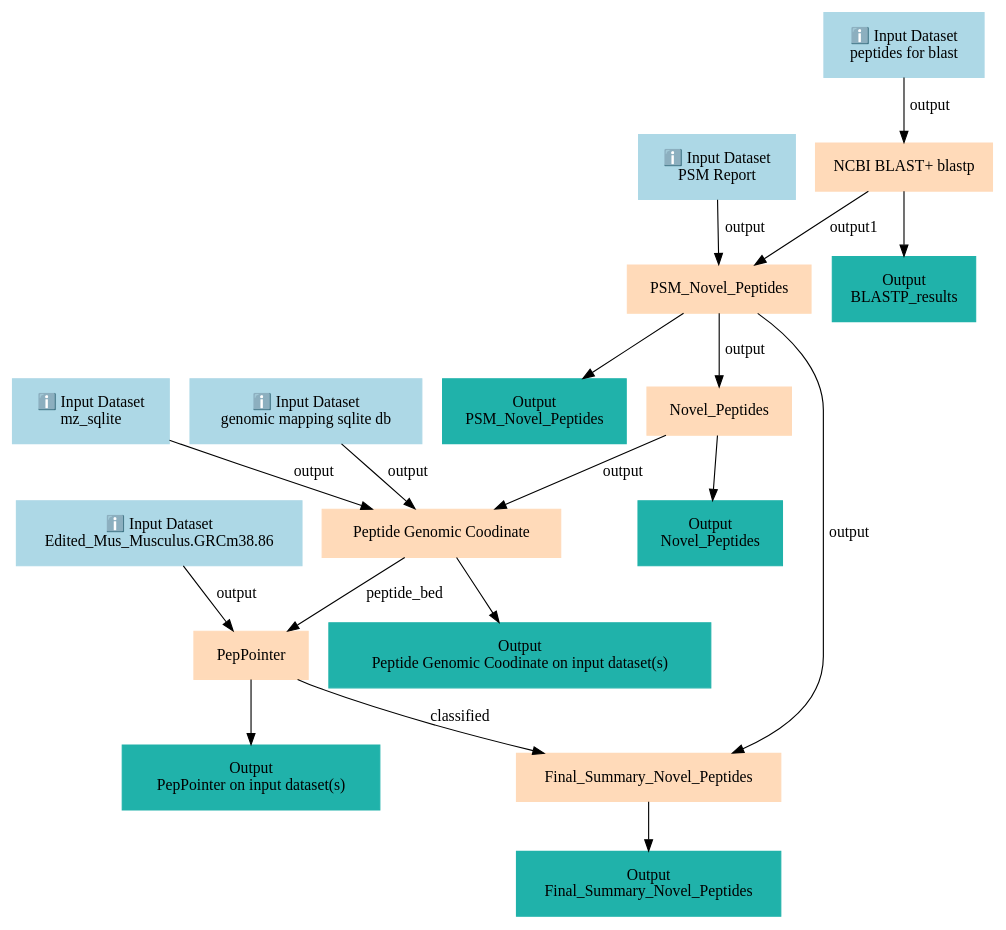
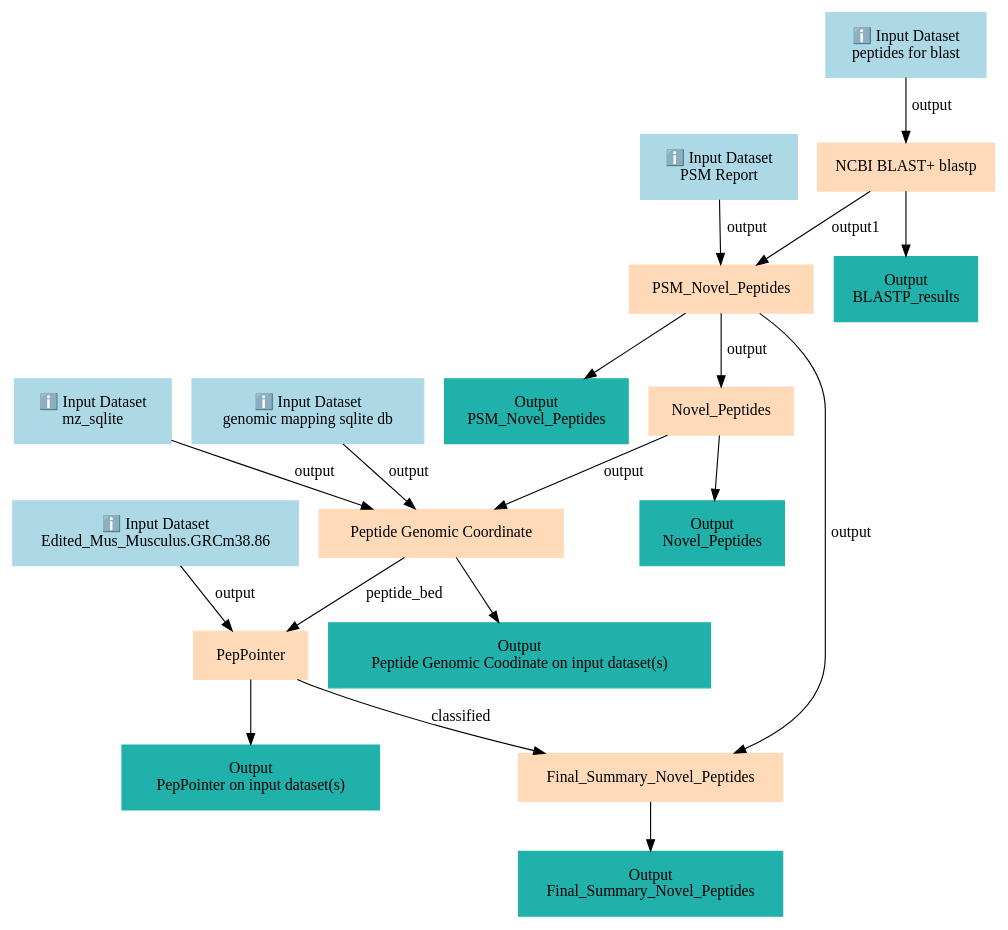
One commit to galaxyproject/training-material changed the diagram in api/workflows/proteomics/proteogenomics-novel-peptide-analysis/galaxy-workflow-mouse-novel-peptide-analysis/graph.dot. Above: the diagram before and after it, drawn with Graphviz. The commit also changed 10502 other files, not shown here.

```diff
--- a/api/workflows/proteomics/proteogenomics-novel-peptide-analysis/galaxy-workflow-mouse-novel-peptide-analysis/graph.dot
+++ b/api/workflows/proteomics/proteogenomics-novel-peptide-analysis/galaxy-workflow-mouse-novel-peptide-analysis/graph.dot
@@ -1,38 +1,38 @@
 digraph main {
   node [fontname="Atkinson Hyperlegible", shape=box, color=white,style=filled,color=peachpuff,margin="0.2,0.2"];
   edge [fontname="Atkinson Hyperlegible"];
   0[color=lightblue,label="ℹ️ Input Dataset\nEdited_Mus_Musculus.GRCm38.86"]
   1[color=lightblue,label="ℹ️ Input Dataset\npeptides for blast"]
   2[color=lightblue,label="ℹ️ Input Dataset\nPSM Report"]
   3[color=lightblue,label="ℹ️ Input Dataset\nmz_sqlite"]
   4[color=lightblue,label="ℹ️ Input Dataset\ngenomic mapping sqlite db"]
   5[label="NCBI BLAST+ blastp"]
   1 -> 5 [label="output"]
   k88461c74131241d5bd54e7d7297ccd76[color=lightseagreen,label="Output\nBLASTP_results"]
   5 -> k88461c74131241d5bd54e7d7297ccd76
   6[label="PSM_Novel_Peptides"]
   5 -> 6 [label="output1"]
   2 -> 6 [label="output"]
   k29c9a368a7e64e8b81ca131f63293093[color=lightseagreen,label="Output\nPSM_Novel_Peptides"]
   6 -> k29c9a368a7e64e8b81ca131f63293093
   7[label="Novel_Peptides"]
   6 -> 7 [label="output"]
   k569546687aac423a89afaecf2b405b94[color=lightseagreen,label="Output\nNovel_Peptides"]
   7 -> k569546687aac423a89afaecf2b405b94
-  8[label="Peptide Genomic Coodinate"]
+  8[label="Peptide Genomic Coordinate"]
   4 -> 8 [label="output"]
   3 -> 8 [label="output"]
   7 -> 8 [label="output"]
   k60fd3e418cb74a49b5852a43117e9cf8[color=lightseagreen,label="Output\nPeptide Genomic Coodinate on input dataset(s)"]
   8 -> k60fd3e418cb74a49b5852a43117e9cf8
   9[label="PepPointer"]
   8 -> 9 [label="peptide_bed"]
   0 -> 9 [label="output"]
   k3c410bedff794774b75c48659d291160[color=lightseagreen,label="Output\nPepPointer on input dataset(s)"]
   9 -> k3c410bedff794774b75c48659d291160
   10[label="Final_Summary_Novel_Peptides"]
   9 -> 10 [label="classified"]
   6 -> 10 [label="output"]
   k50e64c95cd6847cb9e0cb3714b2f2431[color=lightseagreen,label="Output\nFinal_Summary_Novel_Peptides"]
   10 -> k50e64c95cd6847cb9e0cb3714b2f2431
 }
```
